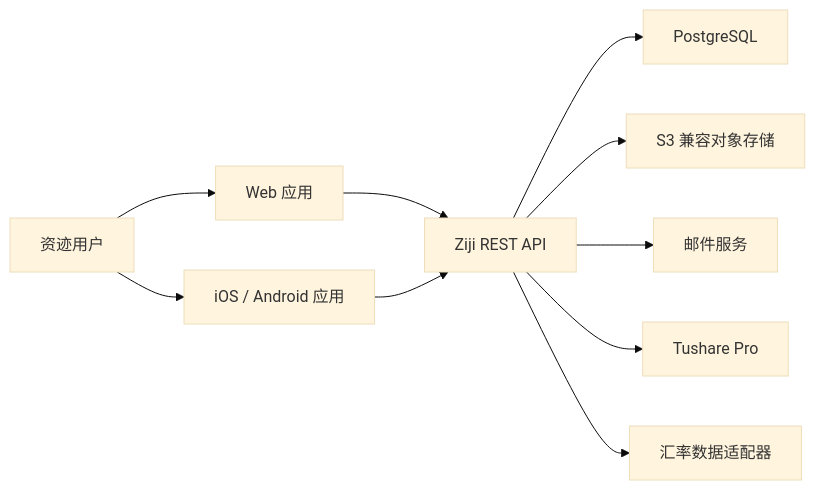
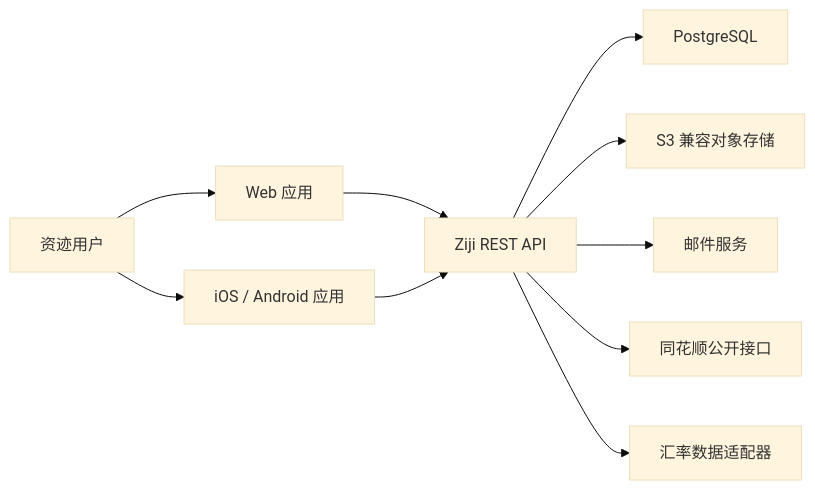
One commit to MLYR/Ziji changed the first of 5 diagrams in doc/系统架构设计.md. Above: the diagram before and after it, drawn with Mermaid (base theme). The commit also changed other lines of this file and 9 other files, not shown here.

````diff
--- a/doc/系统架构设计.md
+++ b/doc/系统架构设计.md
@@ -33,12 +33,12 @@
 ```mermaid
 flowchart LR
     User["资迹用户"] --> Web["Web 应用"]
     User --> Mobile["iOS / Android 应用"]
     Web --> API["Ziji REST API"]
     Mobile --> API
     API --> PG["PostgreSQL"]
     API --> S3["S3 兼容对象存储"]
     API --> Email["邮件服务"]
-    API --> TS["Tushare Pro"]
+    API --> TS["同花顺公开接口"]
     API --> FX["汇率数据适配器"]
 ```
````
